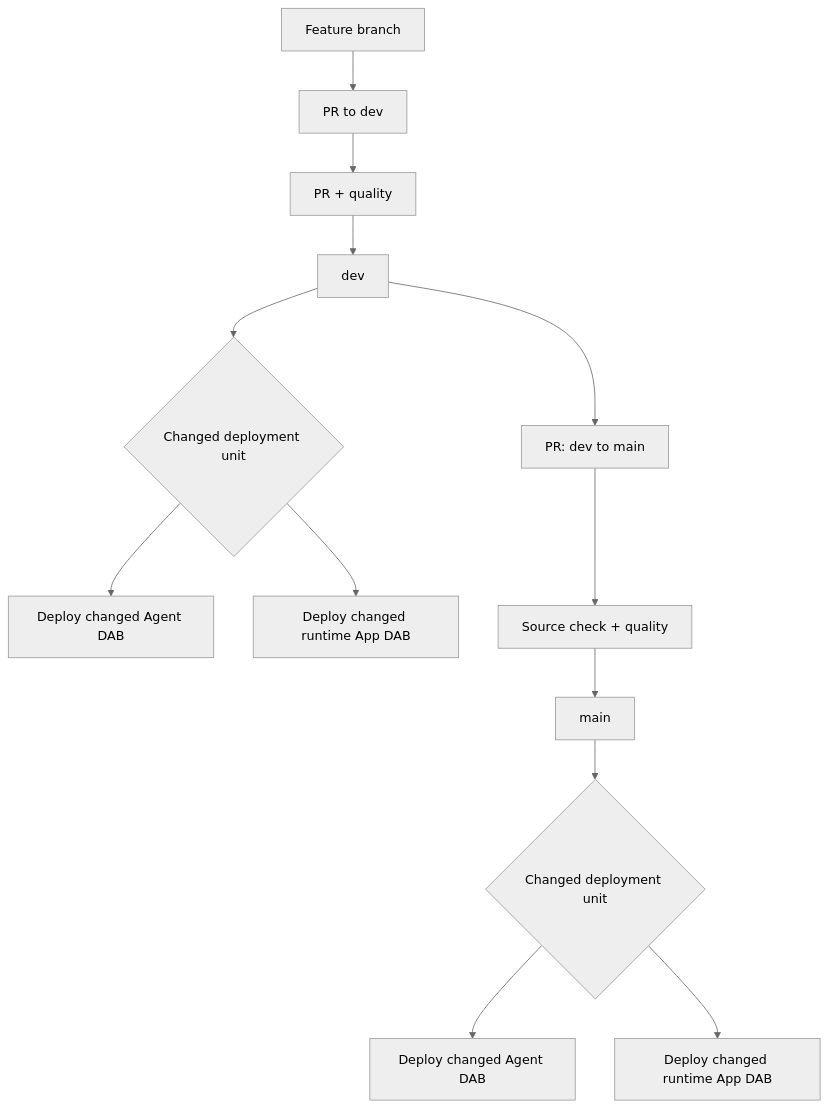
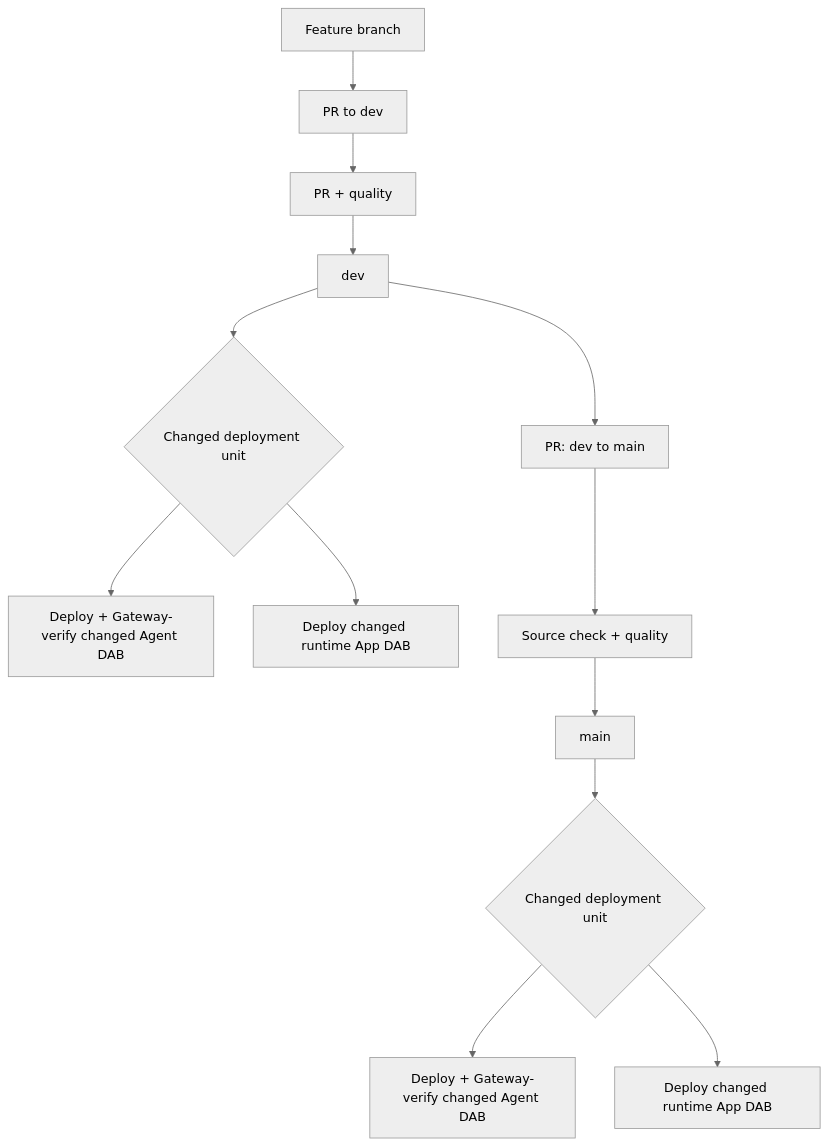
Before and after one commit to zacdav-db/databricks-agent-cicd-sandpit: the second of 3 diagrams in README.md, drawn with Mermaid (neutral theme). The commit also changed other lines of this file and 11 other files, not shown here.

Commit message:
feat: require gateway registration for agent apps

````diff
--- a/README.md
+++ b/README.md
@@ -119,23 +121,23 @@
 ```mermaid
 flowchart TB
     Feature["Feature branch"]
     DevPR["PR to dev"]
     DevGate["PR + quality"]
     Dev["dev"]
     DevSelect{"Changed deployment unit"}
-    DevAgent["Deploy changed Agent DAB"]
+    DevAgent["Deploy + Gateway-verify changed Agent DAB"]
     DevCore["Deploy changed runtime App DAB"]
     ProdPR["PR: dev to main"]
     ProdGate["Source check + quality"]
     Main["main"]
     ProdSelect{"Changed deployment unit"}
-    ProdAgent["Deploy changed Agent DAB"]
+    ProdAgent["Deploy + Gateway-verify changed Agent DAB"]
     ProdCore["Deploy changed runtime App DAB"]
 
     Feature --> DevPR --> DevGate --> Dev --> DevSelect
     DevSelect --> DevAgent
     DevSelect --> DevCore
     Dev --> ProdPR --> ProdGate --> Main --> ProdSelect
     ProdSelect --> ProdAgent
     ProdSelect --> ProdCore
 ```
````
